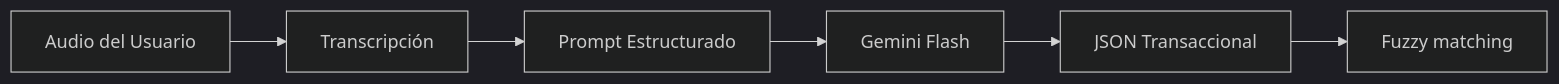
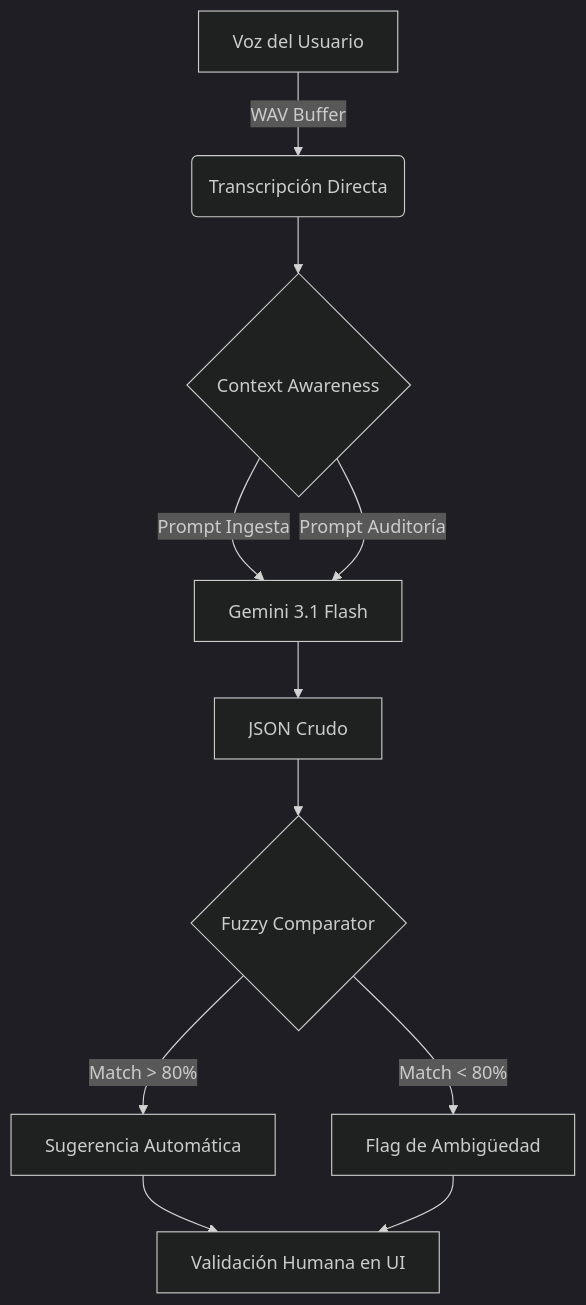
One commit to No-Country-simulation/-S02-26-Equipo-53-Data-Science changed the diagram in documentacion/ia_nlp.md. Above: the diagram before and after it, drawn with Mermaid (dark theme). The commit also changed other lines of this file and 5 other files, not shown here.

Commit message:
docs: finalize artistic and comprehensive documentation overhaul with premium styling and diagrams

````diff
--- a/documentacion/ia_nlp.md
+++ b/documentacion/ia_nlp.md
@@ -18,8 +16,12 @@
 ```mermaid
-graph LR
-    Audio[Audio del Usuario] --> Trans[Transcripción]
-    Trans --> Prompt[Prompt Estructurado]
-    Prompt --> AI[Gemini Flash]
-    AI --> JSON[JSON Transaccional]
-    JSON --> Match[Fuzzy matching]
+graph TD
+    A[Voz del Usuario] -->|WAV Buffer| B(Transcripción Directa)
+    B --> C{Context Awareness}
+    C -->|Prompt Ingesta| D[Gemini 3.1 Flash]
+    C -->|Prompt Auditoría| D
+    D --> E[JSON Crudo]
+    E --> F{Fuzzy Comparator}
+    F -->|Match > 80%| G[Sugerencia Automática]
+    F -->|Match < 80%| H[Flag de Ambigüedad]
+    G & H --> I[Validación Humana en UI]
 ```
````
